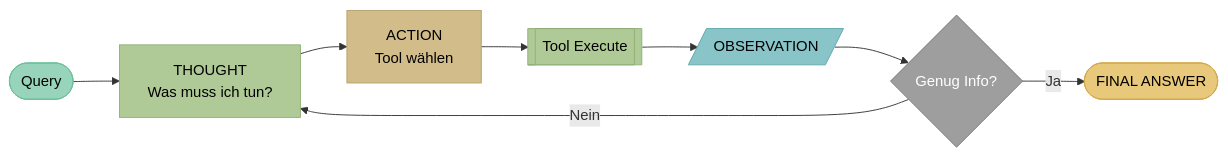
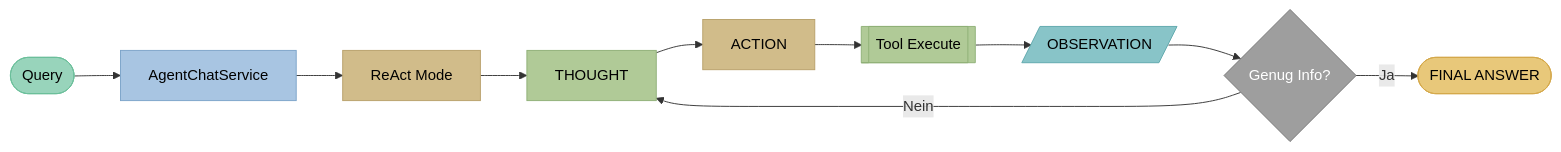
The first of 2 diagrams in docs/docs/agentic-ai/react.md (th-nuernberg/llars), drawn with Mermaid before and after one commit. The commit also changed other lines of this file and 72 other files, not shown here.

````diff
--- a/docs/docs/agentic-ai/react.md
+++ b/docs/docs/agentic-ai/react.md
@@ -18,18 +18,22 @@
 ```mermaid
 flowchart LR
-    query([Query]) --> thought[THOUGHT<br/>Was muss ich tun?]
-    thought --> action[ACTION<br/>Tool wählen]
+    query([Query]) --> service[AgentChatService]
+    service --> react[ReAct Mode]
+    react --> thought[THOUGHT]
+    thought --> action[ACTION]
     action --> tool[[Tool Execute]]
     tool --> obs[/OBSERVATION/]
     obs --> decide{Genug Info?}
     decide -->|Nein| thought
     decide -->|Ja| final([FINAL ANSWER])
 
     style query fill:#98d4bb,stroke:#6bbf9a,color:#000
+    style service fill:#a8c5e2,stroke:#7ba3c9,color:#000
+    style react fill:#D1BC8A,stroke:#b8a06a,color:#000
     style thought fill:#b0ca97,stroke:#8fb077,color:#000
     style action fill:#D1BC8A,stroke:#b8a06a,color:#000
     style tool fill:#b0ca97,stroke:#8fb077,color:#000
     style obs fill:#88c4c8,stroke:#5fa8ad,color:#000
     style decide fill:#9e9e9e,stroke:#757575,color:#fff
     style final fill:#e8c87a,stroke:#d4a84b,color:#000
 ```
````
